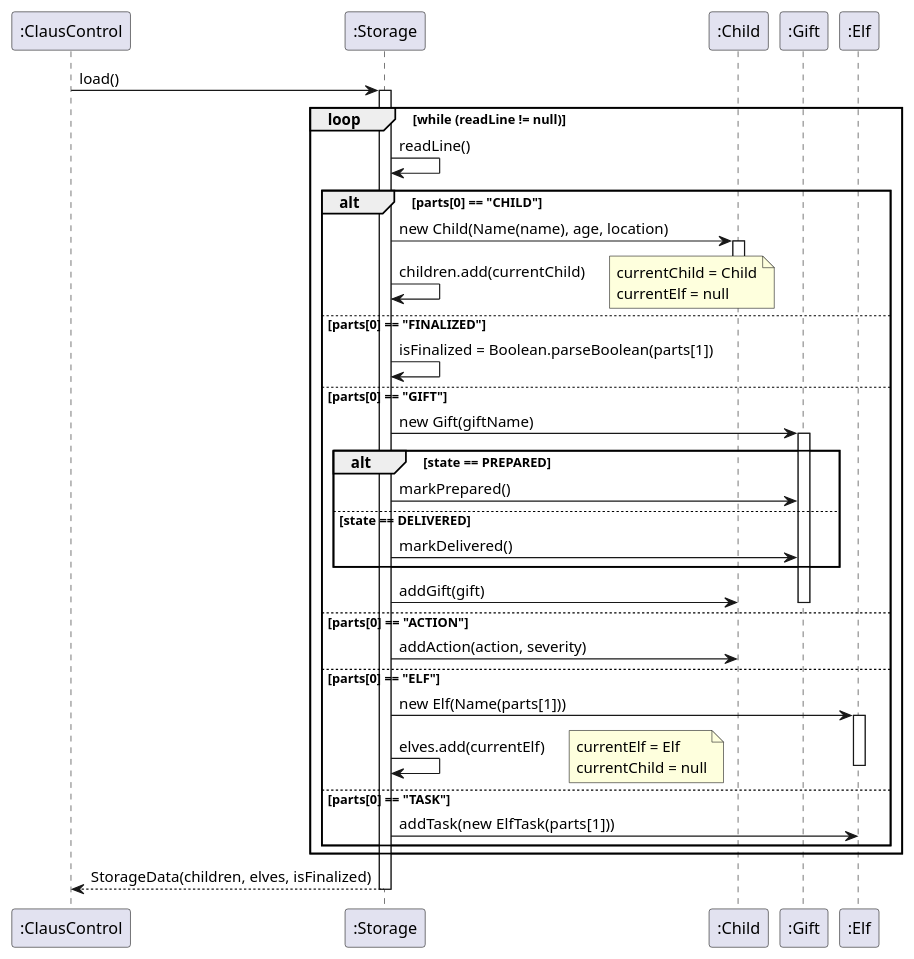
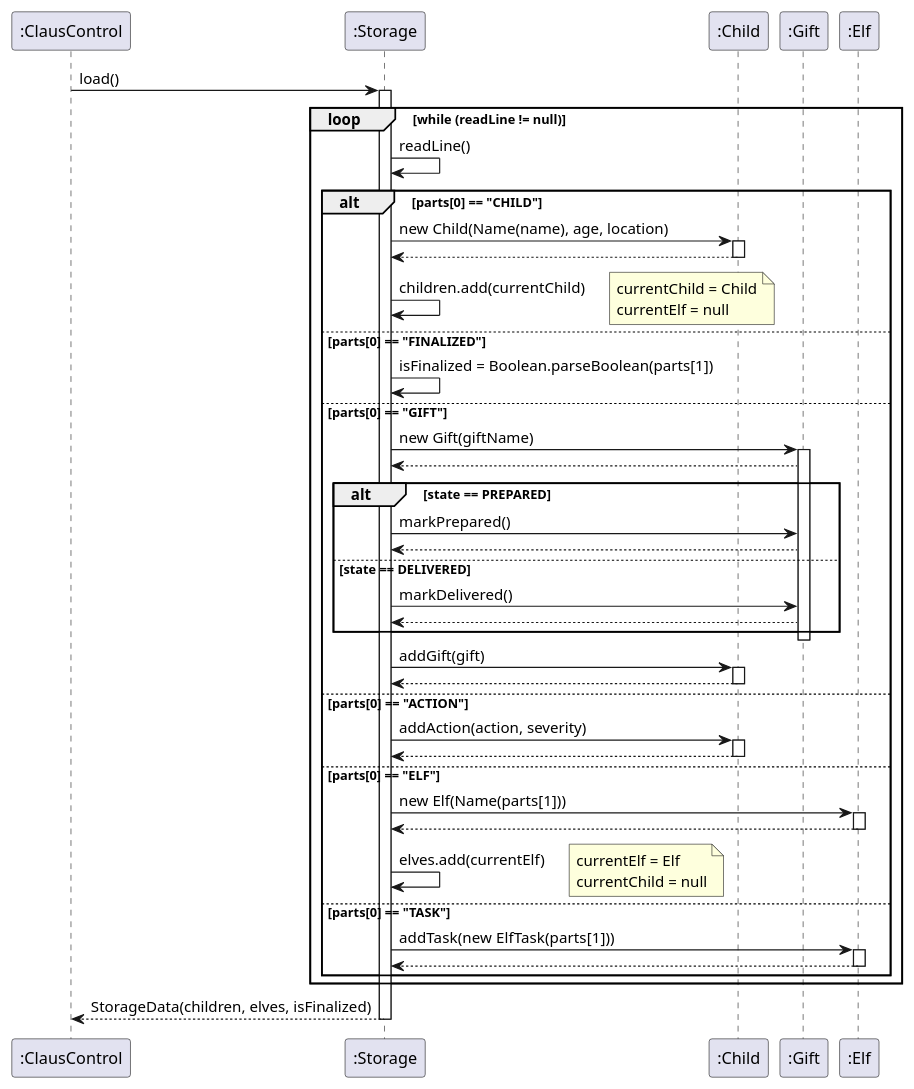
Before and after one commit to shrabasti-c/tp: the diagram in docs/diagrams/StorageSequenceDiagram.puml, drawn with PlantUML. The commit also changed 4 other files, not shown here.

```diff
--- a/docs/diagrams/StorageSequenceDiagram.puml
+++ b/docs/diagrams/StorageSequenceDiagram.puml
@@ -1,60 +1,74 @@
 @startuml
 participant ":ClausControl" as App
 participant ":Storage" as Storage
 participant ":Child" as Child
 participant ":Gift" as Gift
 participant ":Elf" as Elf
 
 App -> Storage : load()
 activate Storage
 
 loop while (readLine != null)
     Storage -> Storage : readLine()
 
     alt parts[0] == "CHILD"
         Storage -> Child : new Child(Name(name), age, location)
         activate Child
+        Child --> Storage
+        deactivate Child
         Storage -> Storage : children.add(currentChild)
         note right
             currentChild = Child
             currentElf = null
         end note
-        deactivate Child
 
     else parts[0] == "FINALIZED"
         Storage -> Storage : isFinalized = Boolean.parseBoolean(parts[1])
 
     else parts[0] == "GIFT"
         Storage -> Gift : new Gift(giftName)
         activate Gift
+        Gift --> Storage
         alt state == PREPARED
             Storage -> Gift : markPrepared()
+            Gift --> Storage
         else state == DELIVERED
             Storage -> Gift : markDelivered()
+            Gift --> Storage
         end
+        deactivate Gift
         Storage -> Child : addGift(gift)
-        deactivate Gift
+        activate Child
+        Child --> Storage
+        deactivate Child
 
     else parts[0] == "ACTION"
         Storage -> Child : addAction(action, severity)
+        activate Child
+        Child --> Storage
+        deactivate Child
 
     else parts[0] == "ELF"
         Storage -> Elf : new Elf(Name(parts[1]))
         activate Elf
+        Elf --> Storage
+        deactivate Elf
         Storage -> Storage : elves.add(currentElf)
         note right
             currentElf = Elf
             currentChild = null
         end note
-        deactivate Elf
 
     else parts[0] == "TASK"
         Storage -> Elf : addTask(new ElfTask(parts[1]))
+        activate Elf
+        Elf --> Storage
+        deactivate Elf
 
     end
 end
 
 Storage --> App : StorageData(children, elves, isFinalized)
 deactivate Storage
 
 @enduml
```
